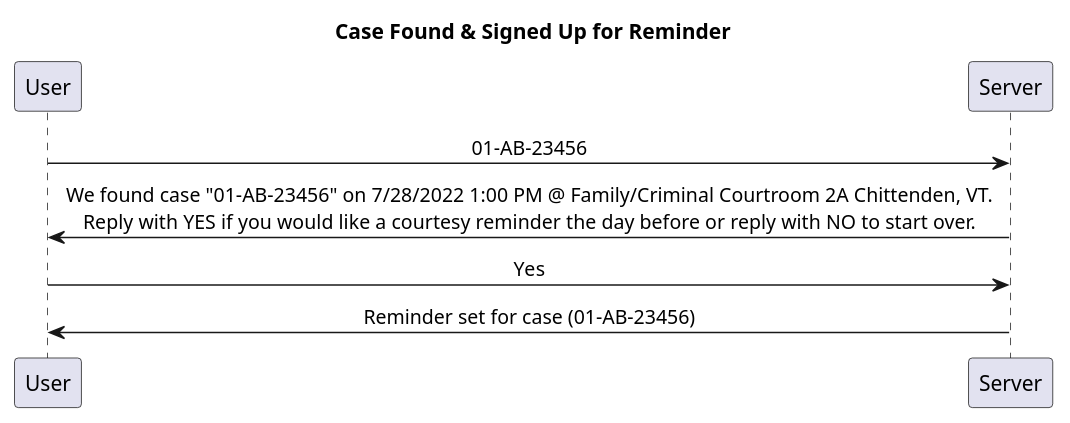
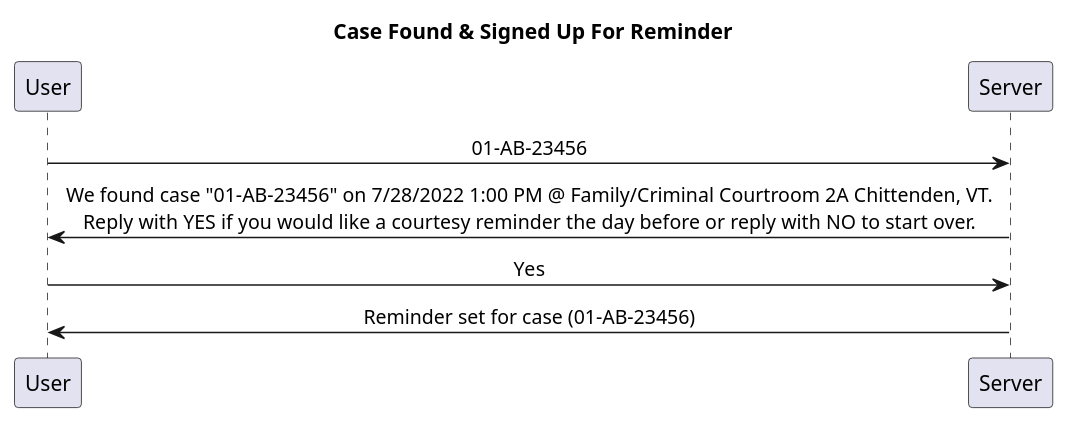
Before and after one commit to codeforbtv/courtbot-vt-frontend: the diagram in docs/diagrams/case-found-sign-up-for-reminder.puml, drawn with PlantUML. The commit also changed 1 other file, not shown here.

```diff
--- a/docs/diagrams/case-found-sign-up-for-reminder.puml
+++ b/docs/diagrams/case-found-sign-up-for-reminder.puml
@@ -1,10 +1,12 @@
 @startuml
+
 skinparam sequenceMessageAlign center
 
-title Case Found & Signed Up for Reminder
+title Case Found & Signed Up For Reminder
 
 User -> Server: 01-AB-23456
 Server -> User: We found case "01-AB-23456" on 7/28/2022 1:00 PM @ Family/Criminal Courtroom 2A Chittenden, VT.\nReply with YES if you would like a courtesy reminder the day before or reply with NO to start over.
 User -> Server: Yes
 Server -> User: Reminder set for case (01-AB-23456)
+
 @enduml
```
